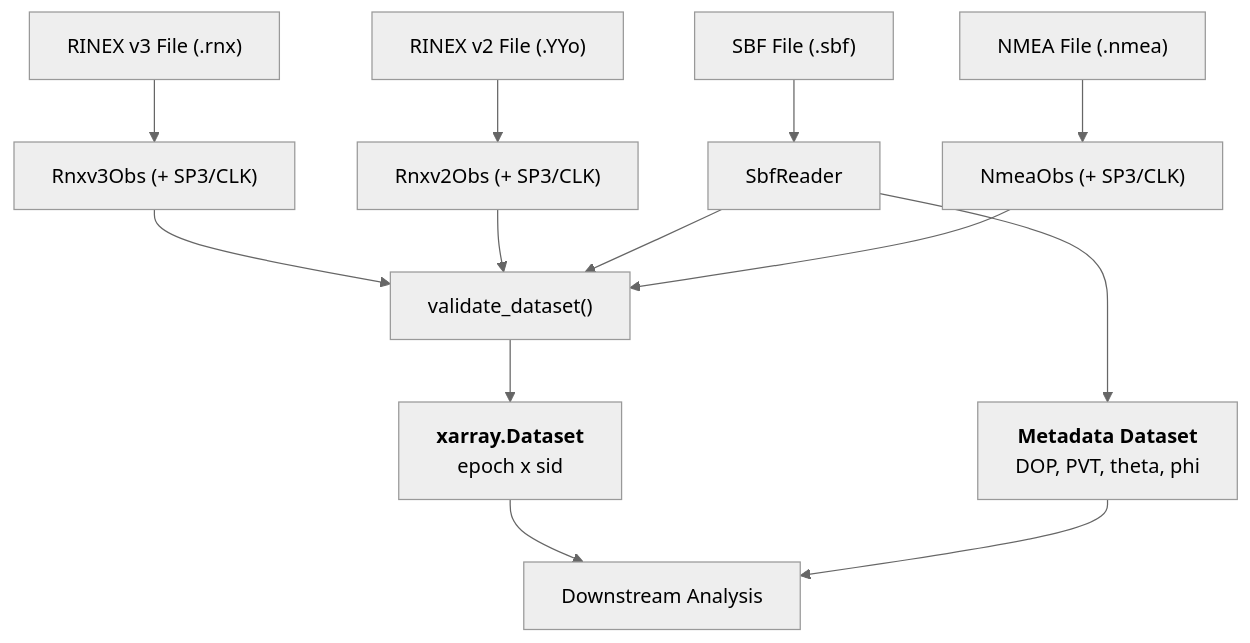
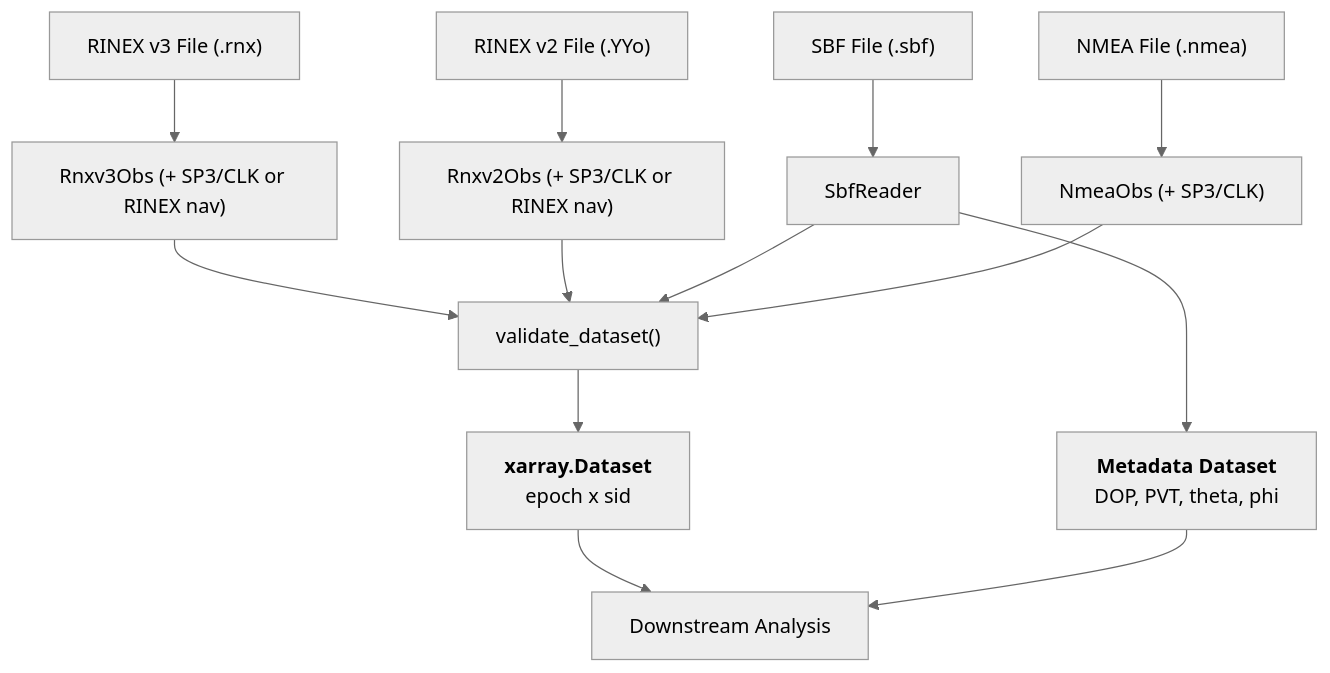
One commit to TUW-GEO/canvodpy changed the diagram in docs/packages/readers/overview.md. Above: the diagram before and after it, drawn with Mermaid (neutral theme). The commit also changed 1 other file, not shown here.

Commit message:
docs: show the broadcast ephemeris next to the precise one in the pipeline diagrams (#575)

````diff
--- a/docs/packages/readers/overview.md
+++ b/docs/packages/readers/overview.md
@@ -105,17 +105,17 @@
 ```mermaid
 graph TD
-    A1["RINEX v3 File (.rnx)"] --> B1["Rnxv3Obs (+ SP3/CLK)"]
+    A1["RINEX v3 File (.rnx)"] --> B1["Rnxv3Obs (+ SP3/CLK or RINEX nav)"]
     A2["SBF File (.sbf)"] --> B2["SbfReader"]
-    A3["RINEX v2 File (.YYo)"] --> B3["Rnxv2Obs (+ SP3/CLK)"]
+    A3["RINEX v2 File (.YYo)"] --> B3["Rnxv2Obs (+ SP3/CLK or RINEX nav)"]
     A4["NMEA File (.nmea)"] --> B4["NmeaObs (+ SP3/CLK)"]
     B1 --> C["validate_dataset()"]
     B3 --> C
     B2 --> C
     B4 --> C
     C --> D["`**xarray.Dataset**
     epoch x sid`"]
     B2 --> E["`**Metadata Dataset**
     DOP, PVT, theta, phi`"]
     D --> F["Downstream Analysis"]
     E --> F
 ```
````
